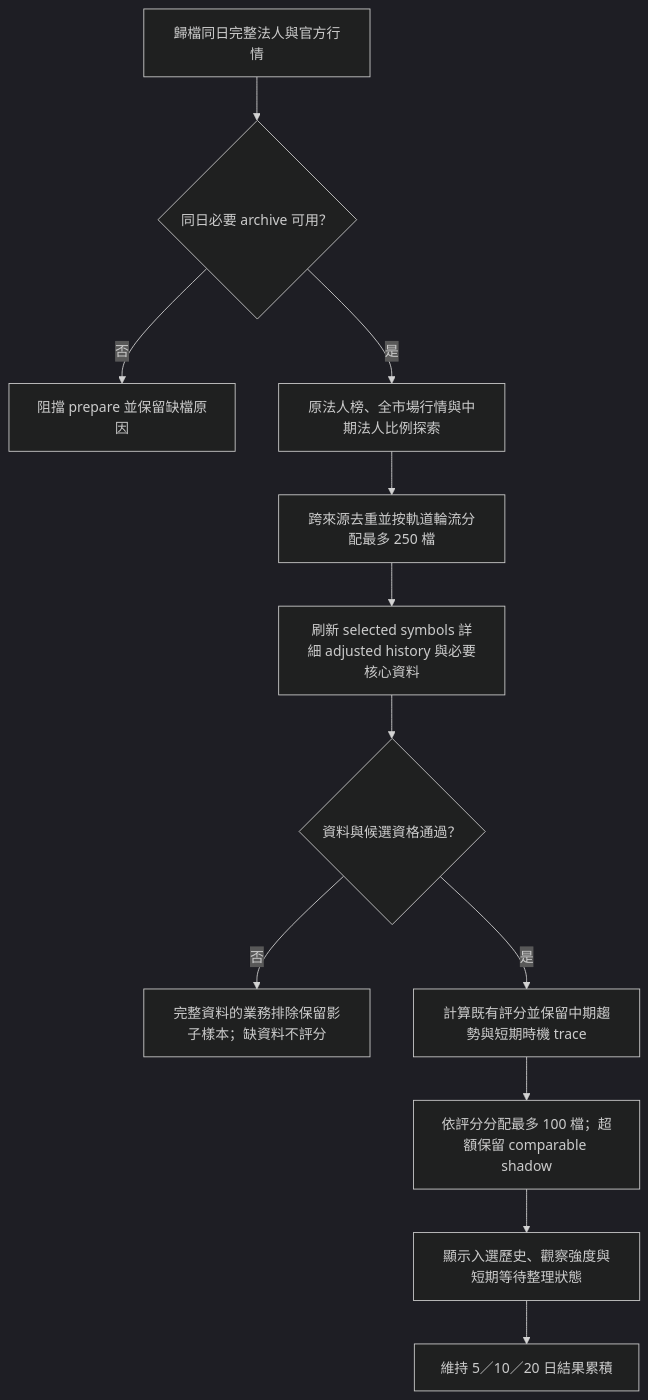
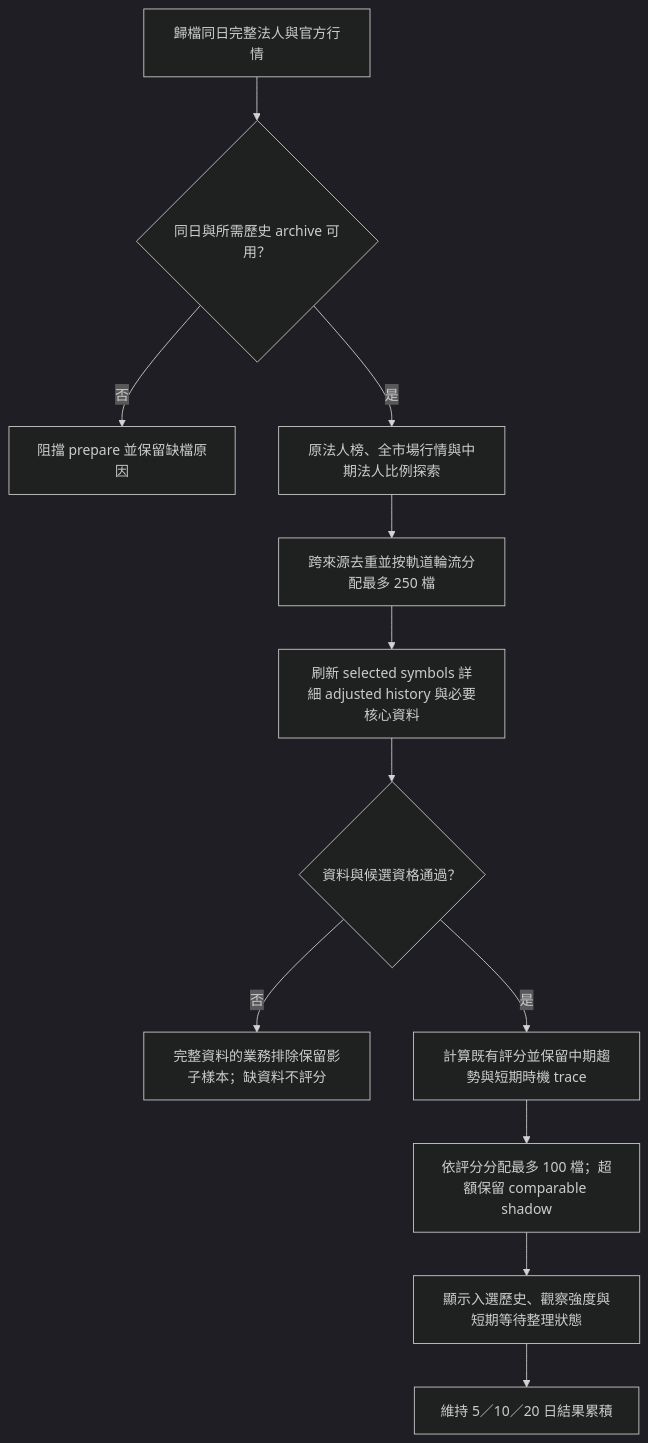
Before and after one commit to dreamerleolioa/financial-research: the diagram in docs/specs/daily-stock-radar-spec.md, drawn with Mermaid (dark theme). The commit also changed other lines of this file and 6 other files, not shown here.

````diff
--- a/docs/specs/daily-stock-radar-spec.md
+++ b/docs/specs/daily-stock-radar-spec.md
@@ -102,14 +102,14 @@
 ```mermaid
 flowchart TD
-    A[歸檔同日完整法人與官方行情] --> B{同日必要 archive 可用？}
+    A[歸檔同日完整法人與官方行情] --> B{同日與所需歷史 archive 可用？}
     B -->|否| C[阻擋 prepare 並保留缺檔原因]
     B -->|是| D[原法人榜、全市場行情與中期法人比例探索]
     D --> E[跨來源去重並按軌道輪流分配最多 250 檔]
     E --> F[刷新 selected symbols 詳細 adjusted history 與必要核心資料]
     F --> G{資料與候選資格通過？}
     G -->|否| H[完整資料的業務排除保留影子樣本；缺資料不評分]
     G -->|是| I[計算既有評分並保留中期趨勢與短期時機 trace]
     I --> J[依評分分配最多 100 檔；超額保留 comparable shadow]
     J --> K[顯示入選歷史、觀察強度與短期等待整理狀態]
     K --> L[維持 5／10／20 日結果累積]
 ```
````
